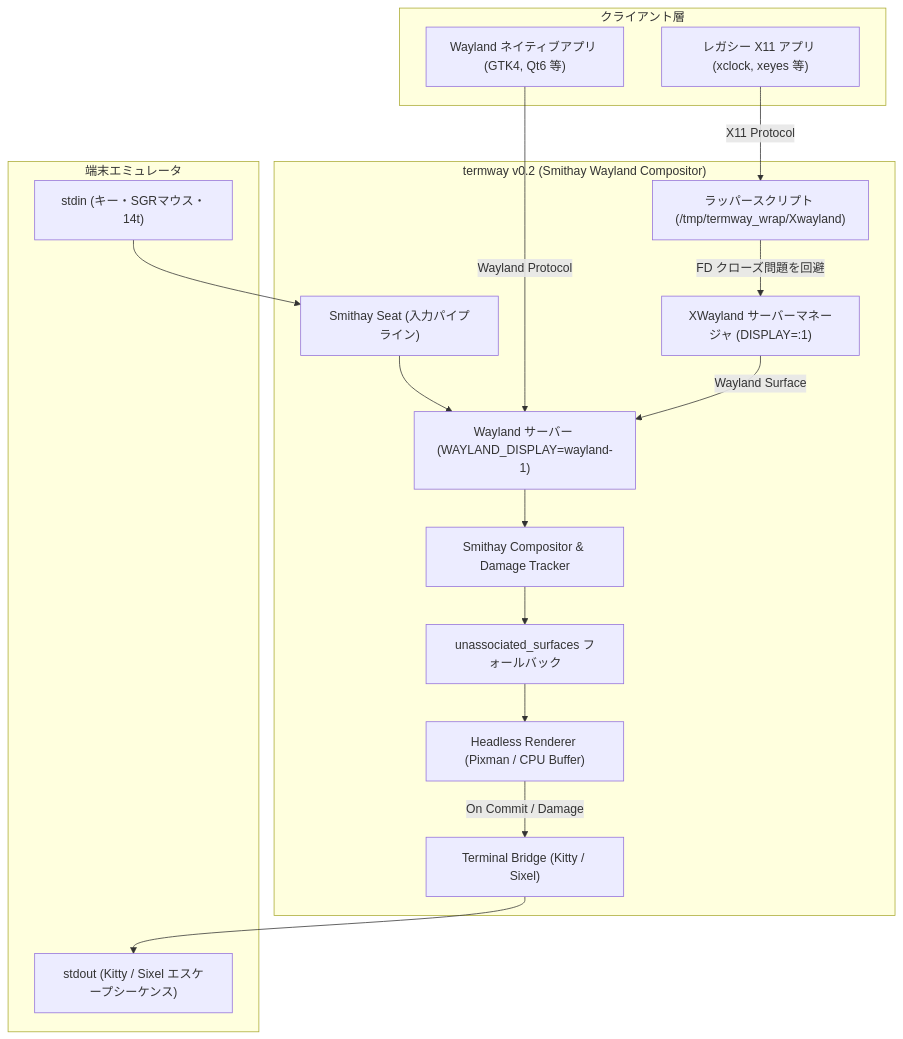
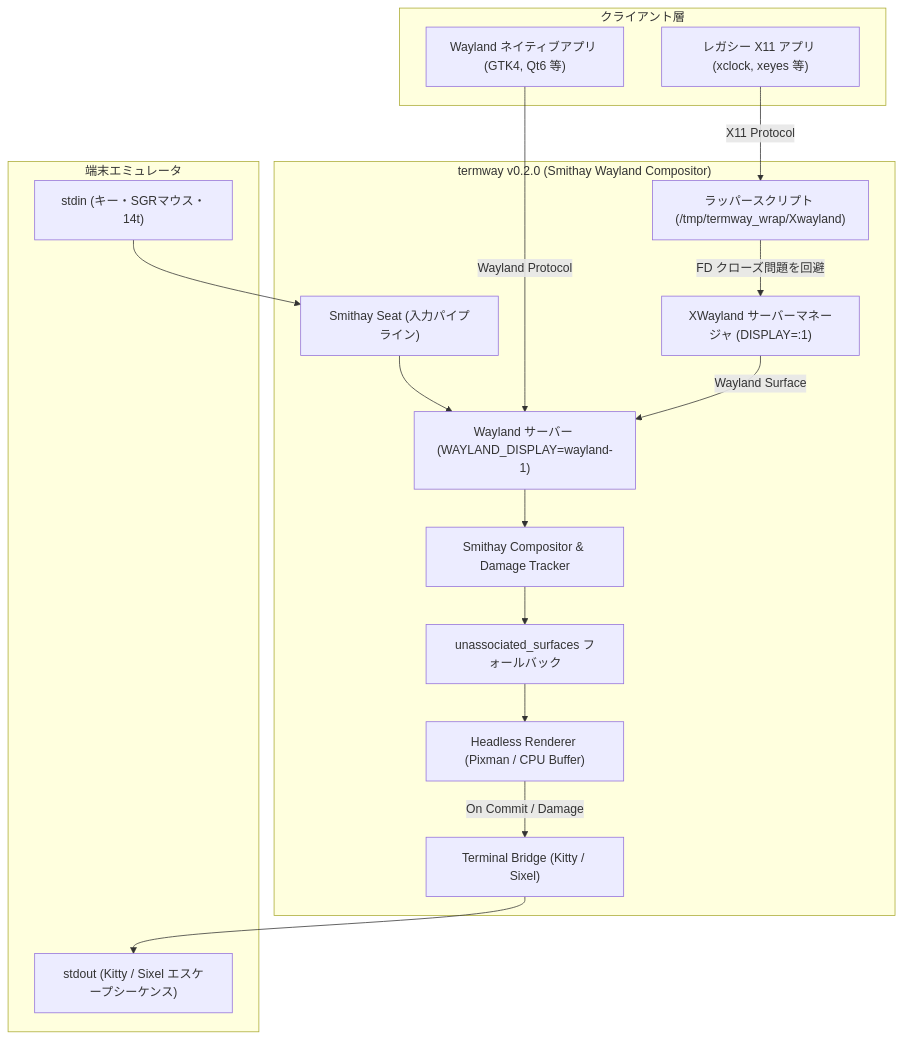
Before and after one commit to totatake/termway: the third of 4 diagrams in docs/ARCHITECTURE.md, drawn with Mermaid. The commit also changed other lines of this file, not shown here.

````diff
--- a/docs/ARCHITECTURE.md
+++ b/docs/ARCHITECTURE.md
@@ -232,35 +232,35 @@
 ```mermaid
 flowchart TD
     subgraph Clients["クライアント層"]
         WApp["Wayland ネイティブアプリ (GTK4, Qt6 等)"]
         XApp["レガシー X11 アプリ (xclock, xeyes 等)"]
     end
 
-    subgraph termway["termway v0.2 (Smithay Wayland Compositor)"]
+    subgraph termway["termway v0.2.0 (Smithay Wayland Compositor)"]
         XWL["XWayland サーバーマネージャ (DISPLAY=:1)"]
         Wrap["ラッパースクリプト (/tmp/termway_wrap/Xwayland)"]
         WLS["Wayland サーバー (WAYLAND_DISPLAY=wayland-1)"]
         Seat["Smithay Seat (入力パイプライン)"]
         Comp["Smithay Compositor & Damage Tracker"]
         Unassoc["unassociated_surfaces フォールバック"]
         Pixman["Headless Renderer (Pixman / CPU Buffer)"]
         TermOut["Terminal Bridge (Kitty / Sixel)"]
     end
 
     subgraph Terminal["端末エミュレータ"]
         PTYIn["stdin (キー・SGRマウス・14t)"]
         PTYOut["stdout (Kitty / Sixel エスケープシーケンス)"]
     end
 
     WApp -->|"Wayland Protocol"| WLS
     XApp -->|"X11 Protocol"| Wrap
     Wrap -->|"FD クローズ問題を回避"| XWL
     XWL -->|"Wayland Surface"| WLS
     WLS --> Comp
     Comp --> Unassoc
     Unassoc --> Pixman
     Pixman -->|"On Commit / Damage"| TermOut
     TermOut --> PTYOut
     PTYIn --> Seat
     Seat --> WLS
 ```
````
